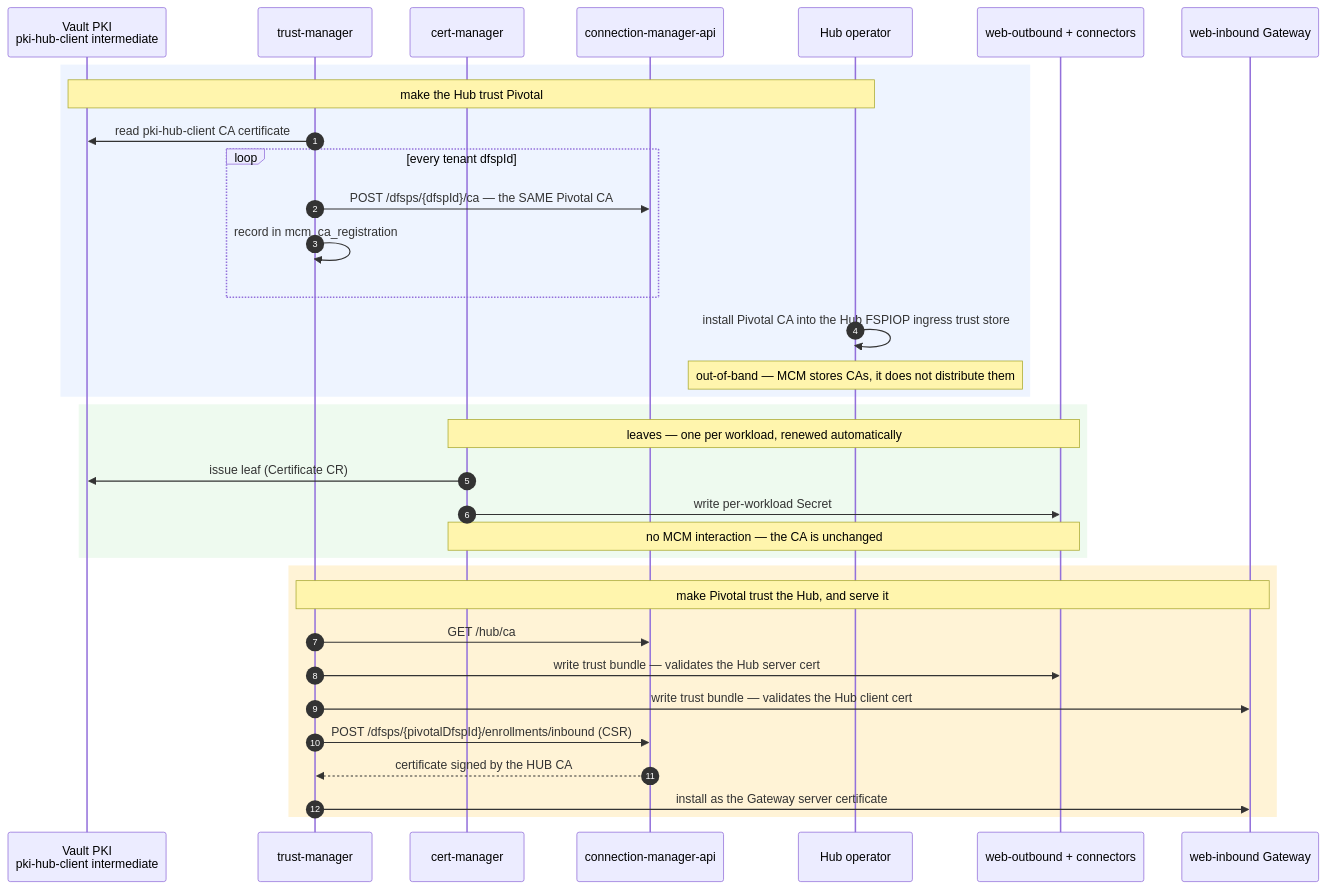
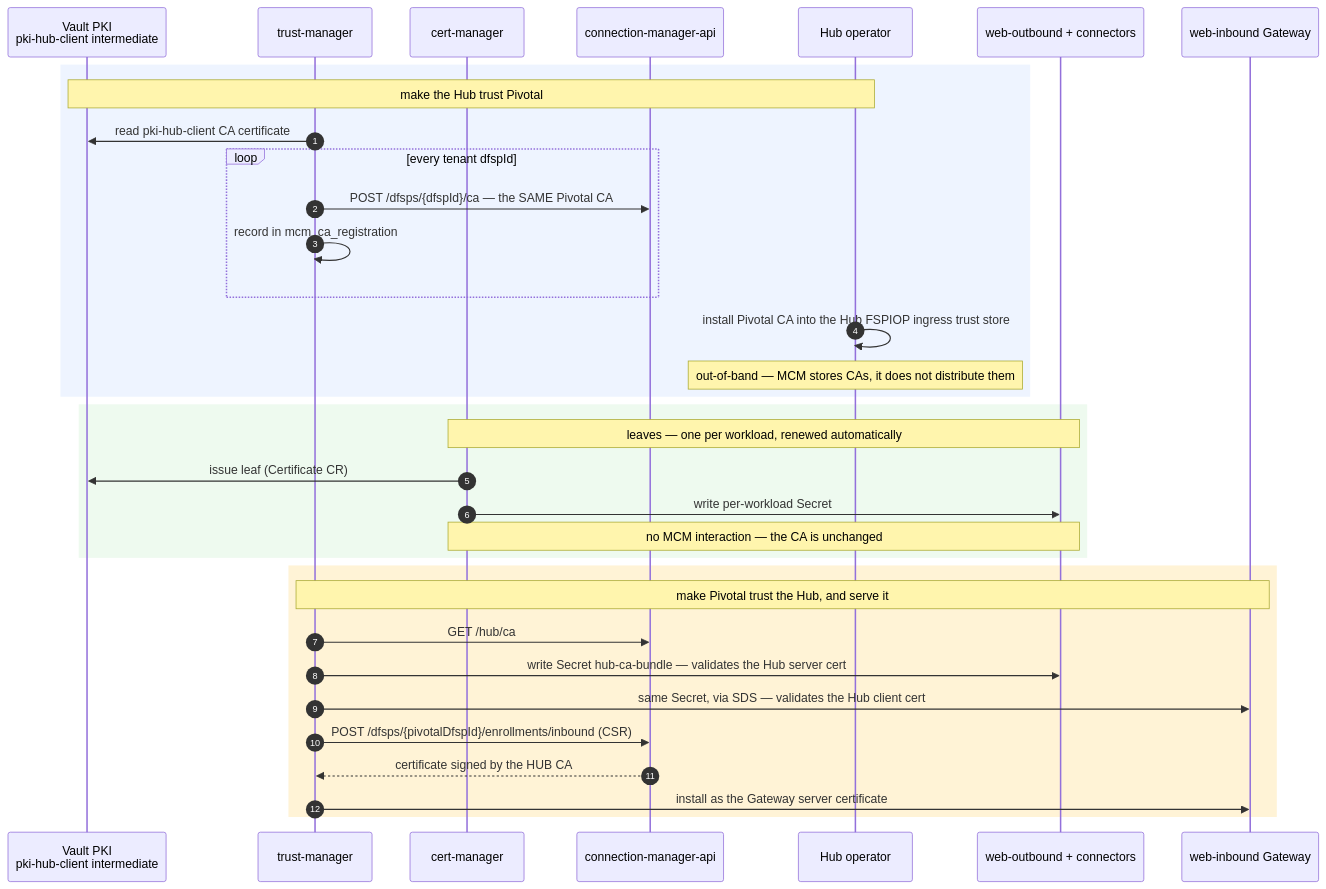
The second of 2 diagrams in trust-manager-docs/design/hub-facing-leg.md (ThitsaX/pivotal), drawn with Mermaid before and after one commit. The commit also changed 7 other files, not shown here.

Commit message:
feat(pki): Hub CA bundle in a Secret; MCM stood up and API surface validated

````diff
--- a/trust-manager-docs/design/hub-facing-leg.md
+++ b/trust-manager-docs/design/hub-facing-leg.md
@@ -459,39 +459,39 @@
 ```mermaid
 sequenceDiagram
     autonumber
     participant V as Vault PKI<br/>pki-hub-client intermediate
     participant TM as trust-manager
     participant CM as cert-manager
     participant MCM as connection-manager-api
     participant OPS as Hub operator
     participant DP as web-outbound + connectors
     participant GW as web-inbound Gateway
 
     rect rgb(238,244,255)
     Note over V,OPS: make the Hub trust Pivotal
     TM->>V: read pki-hub-client CA certificate
     loop every tenant dfspId
         TM->>MCM: POST /dfsps/{dfspId}/ca — the SAME Pivotal CA
         TM->>TM: record in mcm_ca_registration
     end
     OPS->>OPS: install Pivotal CA into the Hub FSPIOP ingress trust store
     Note over OPS: out-of-band — MCM stores CAs, it does not distribute them
     end
 
     rect rgb(238,250,239)
     Note over CM,DP: leaves — one per workload, renewed automatically
     CM->>V: issue leaf (Certificate CR)
     CM->>DP: write per-workload Secret
     Note over CM,DP: no MCM interaction — the CA is unchanged
     end
 
     rect rgb(255,243,214)
     Note over TM,GW: make Pivotal trust the Hub, and serve it
     TM->>MCM: GET /hub/ca
-    TM->>DP: write trust bundle — validates the Hub server cert
-    TM->>GW: write trust bundle — validates the Hub client cert
+    TM->>DP: write Secret hub-ca-bundle — validates the Hub server cert
+    TM->>GW: same Secret, via SDS — validates the Hub client cert
     TM->>MCM: POST /dfsps/{pivotalDfspId}/enrollments/inbound (CSR)
     MCM-->>TM: certificate signed by the HUB CA
     TM->>GW: install as the Gateway server certificate
     end
 ```
````
